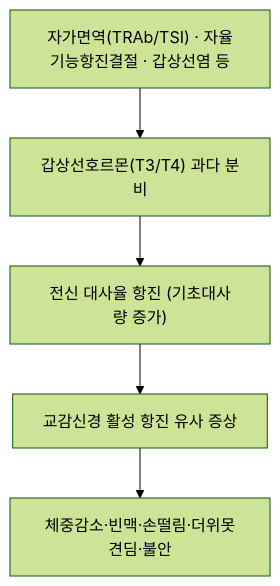
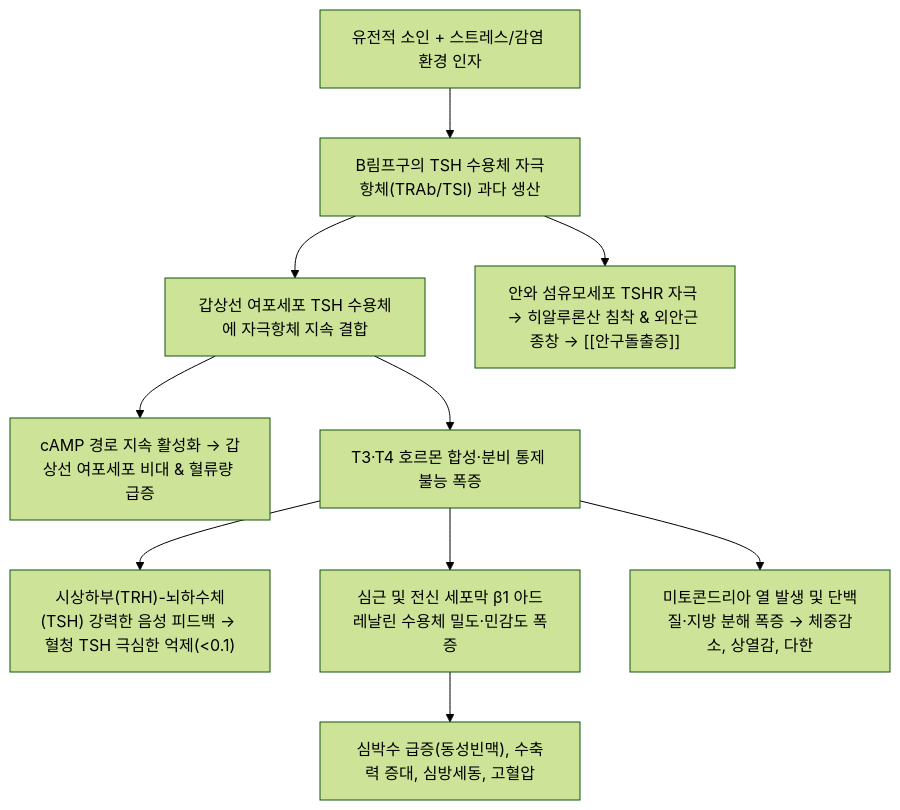
One commit to simbio11/simbio-digital-garden2 changed the diagram in content/3. 이론 공부/질환/내분비 질환/갑상선 기능 항진증.md. Above: the diagram before and after it, drawn with Mermaid (forest theme). The commit also changed other lines of this file and 70 other files, not shown here.

````diff
--- a/content/3. 이론 공부/질환/내분비 질환/갑상선 기능 항진증.md
+++ b/content/3. 이론 공부/질환/내분비 질환/갑상선 기능 항진증.md
@@ -47,7 +63,14 @@
 ```mermaid
 graph TD
-    Cause["자가면역(TRAb/TSI) · 자율기능항진결절 · 갑상선염 등"] --> Excess["갑상선호르몬(T3/T4) 과다 분비"]
-    Excess --> Metabolic["전신 대사율 항진 (기초대사량 증가)"]
-    Metabolic --> Sympathetic["교감신경 활성 항진 유사 증상"]
-    Sympathetic --> Symptom["체중감소·빈맥·손떨림·더위못견딤·불안"]
+    ImmuneTrigger["유전적 소인 + 스트레스/감염 환경 인자"] --> TRAb["B림프구의 TSH 수용체 자극항체(TRAb/TSI) 과다 생산"]
+    TRAb --> TSHRBinding["갑상선 여포세포 TSH 수용체에 자극항체 지속 결합"]
+    TSHRBinding --> AdenylateCyclase["cAMP 경로 지속 활성화 → 갑상선 여포세포 비대 & 혈류량 급증"]
+    TSHRBinding --> T3T4Excess["T3·T4 호르몬 합성·분비 통제 불능 폭증"]
+    
+    T3T4Excess --> PituitaryInhibit["시상하부(TRH)-뇌하수체(TSH) 강력한 음성 피드백 → 혈청 TSH 극심한 억제(<0.1)"]
+    T3T4Excess --> BetaReceptorUp["심근 및 전신 세포막 β1 아드레날린 수용체 밀도·민감도 폭증"]
+    
+    BetaReceptorUp --> CardioOverload["심박수 급증(동성빈맥), 수축력 증대, 심방세동, 고혈압"]
+    T3T4Excess --> BMRSpike["미토콘드리아 열 발생 및 단백질·지방 분해 폭증 → 체중감소, 상열감, 다한"]
+    TRAb --> OrbitalFibroblast["안와 섬유모세포 TSHR 자극 → 히알루론산 침착 & 외안근 종창 → [[안구돌출증]]"]
 ```
````
